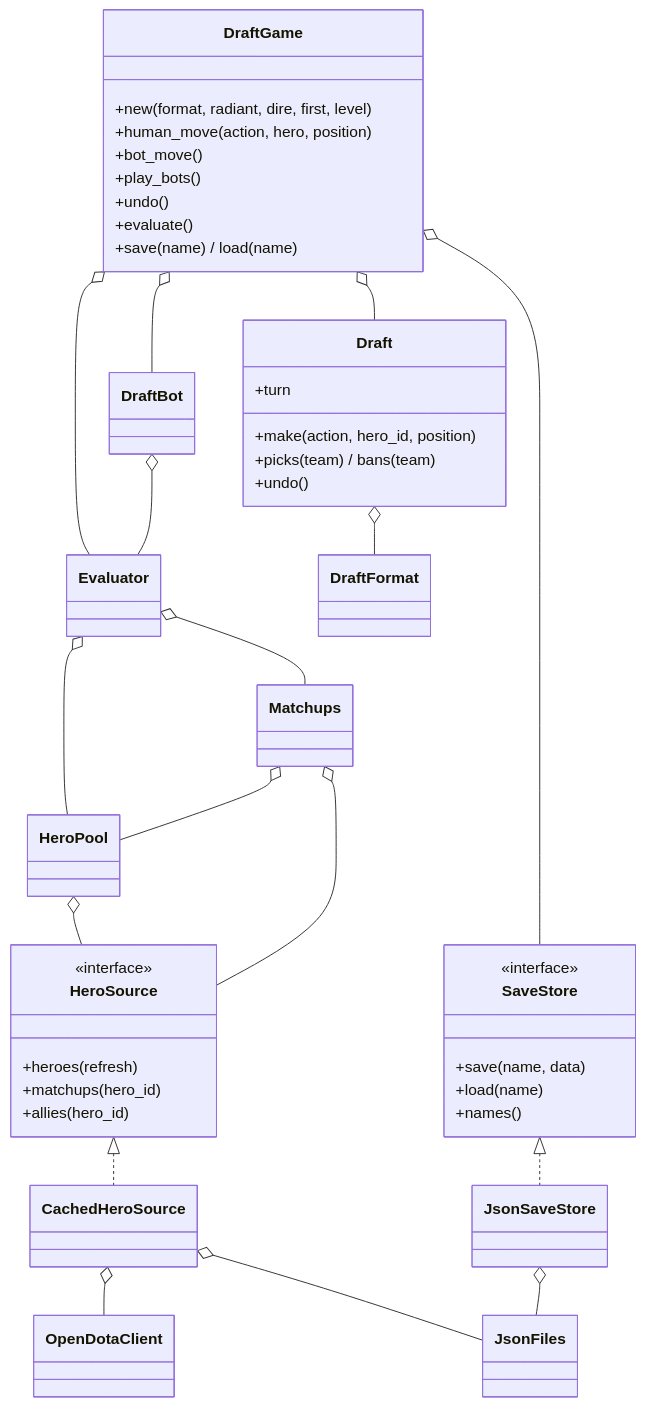
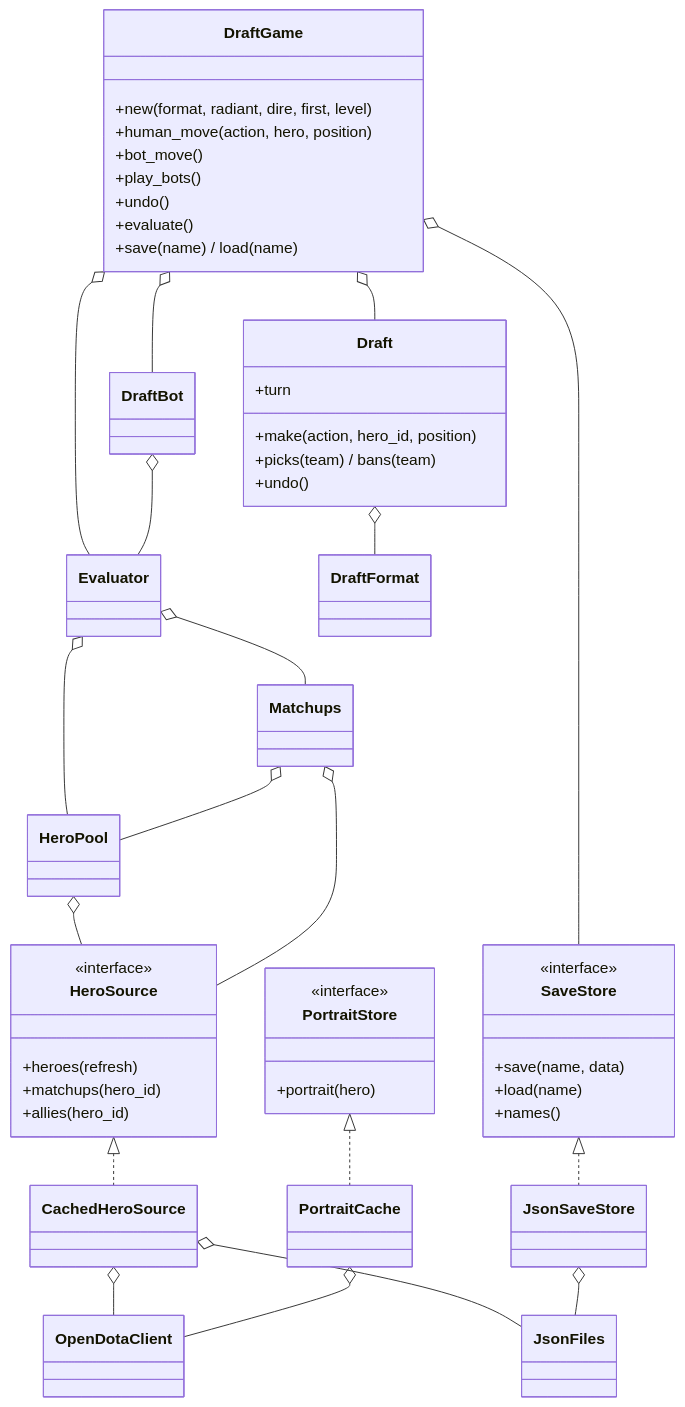
One commit to pepsisugarfree/DotaDraft changed the third of 4 diagrams in DESIGN.md. Above: the diagram before and after it, drawn with Mermaid. The commit also changed other lines of this file and 12 other files, not shown here.

Commit message:
Cache hero portraits locally, describe persistence

````diff
--- a/DESIGN.md
+++ b/DESIGN.md
@@ -132,46 +132,52 @@
 ```mermaid
 classDiagram
     class DraftGame {
         +new(format, radiant, dire, first, level)
         +human_move(action, hero, position)
         +bot_move()
         +play_bots()
         +undo()
         +evaluate()
         +save(name) / load(name)
     }
     class Draft {
         +turn
         +make(action, hero_id, position)
         +picks(team) / bans(team)
         +undo()
     }
     class HeroSource {
         <<interface>>
         +heroes(refresh)
         +matchups(hero_id)
         +allies(hero_id)
     }
     class SaveStore {
         <<interface>>
         +save(name, data)
         +load(name)
         +names()
     }
+    class PortraitStore {
+        <<interface>>
+        +portrait(hero)
+    }
     DraftGame o-- Draft
     DraftGame o-- DraftBot
     DraftGame o-- Evaluator
     DraftGame o-- SaveStore
     Draft o-- DraftFormat
     DraftBot o-- Evaluator
     Evaluator o-- HeroPool
     Evaluator o-- Matchups
     HeroPool o-- HeroSource
     Matchups o-- HeroSource
     Matchups o-- HeroPool
     HeroSource <|.. CachedHeroSource
     SaveStore <|.. JsonSaveStore
     CachedHeroSource o-- OpenDotaClient
     CachedHeroSource o-- JsonFiles
     JsonSaveStore o-- JsonFiles
+    PortraitStore <|.. PortraitCache
+    PortraitCache o-- OpenDotaClient
 ```
````
